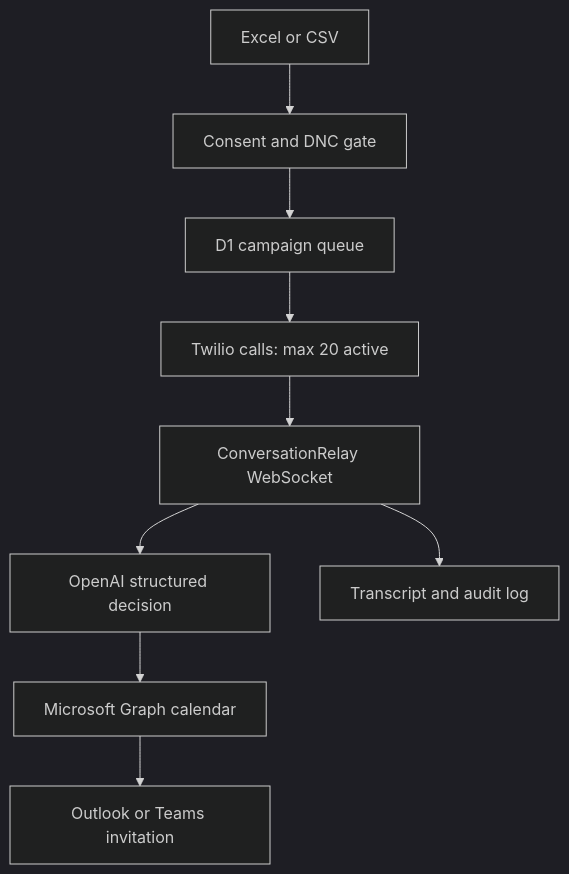
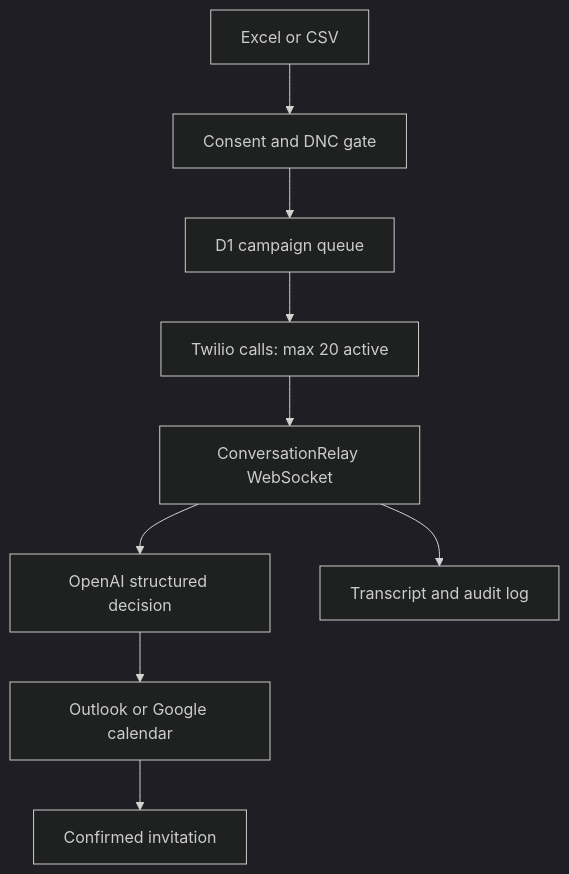
The diagram in README.md (DerekM1991/ai-appointment-setter-dailer), drawn with Mermaid (dark theme) before and after one commit. The commit also changed other lines of this file and 41 other files, not shown here.

````diff
--- a/README.md
+++ b/README.md
@@ -24,11 +27,11 @@
 ```mermaid
 flowchart TD
   A["Excel or CSV"] --> B["Consent and DNC gate"]
   B --> C["D1 campaign queue"]
   C --> D["Twilio calls: max 20 active"]
   D --> E["ConversationRelay WebSocket"]
   E --> F["OpenAI structured decision"]
-  F --> G["Microsoft Graph calendar"]
-  G --> H["Outlook or Teams invitation"]
+  F --> G["Outlook or Google calendar"]
+  G --> H["Confirmed invitation"]
   E --> I["Transcript and audit log"]
 ```
````
